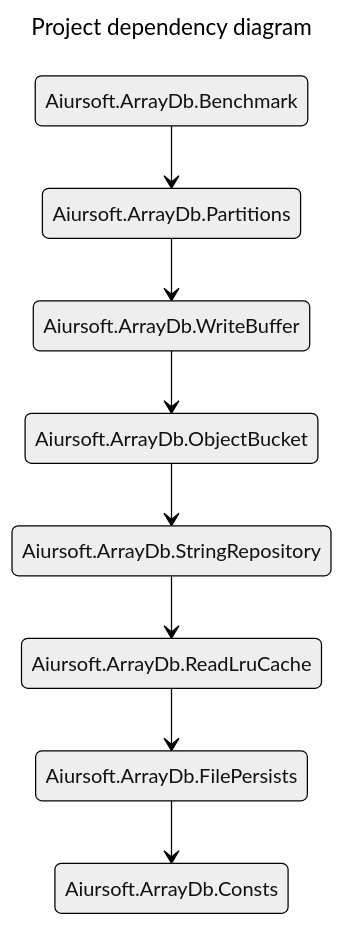
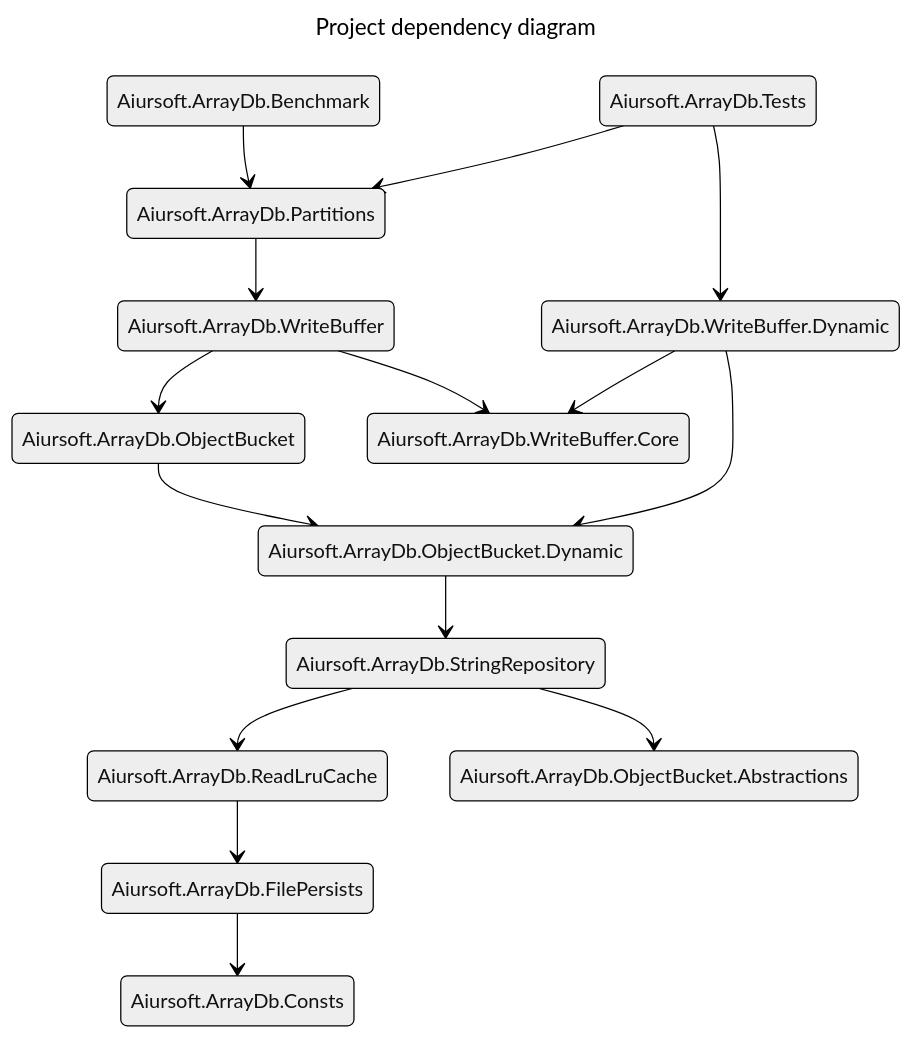
The diagram in README.md (AiursoftWeb/ArrayDb), drawn with Mermaid (neutral theme) before and after one commit. The commit also changed other lines of this file, not shown here.

First line of the commit message:
Update README.md with diagram and table improvements

````diff
--- a/README.md
+++ b/README.md
@@ -54,14 +54,21 @@
 ```mermaid
 ---
 title: Project dependency diagram
 ---
 
 stateDiagram-v2
     Aiursoft.ArrayDb.FilePersists --> Aiursoft.ArrayDb.Consts
     Aiursoft.ArrayDb.ReadLruCache --> Aiursoft.ArrayDb.FilePersists
+    Aiursoft.ArrayDb.StringRepository --> Aiursoft.ArrayDb.ObjectBucket.Abstractions
     Aiursoft.ArrayDb.StringRepository --> Aiursoft.ArrayDb.ReadLruCache
-    Aiursoft.ArrayDb.ObjectBucket --> Aiursoft.ArrayDb.StringRepository
+    Aiursoft.ArrayDb.ObjectBucket.Dynamic --> Aiursoft.ArrayDb.StringRepository
+    Aiursoft.ArrayDb.ObjectBucket --> Aiursoft.ArrayDb.ObjectBucket.Dynamic
     Aiursoft.ArrayDb.WriteBuffer --> Aiursoft.ArrayDb.ObjectBucket
+    Aiursoft.ArrayDb.WriteBuffer --> Aiursoft.ArrayDb.WriteBuffer.Core
     Aiursoft.ArrayDb.Partitions --> Aiursoft.ArrayDb.WriteBuffer
     Aiursoft.ArrayDb.Benchmark --> Aiursoft.ArrayDb.Partitions
+    Aiursoft.ArrayDb.WriteBuffer.Dynamic --> Aiursoft.ArrayDb.ObjectBucket.Dynamic
+    Aiursoft.ArrayDb.WriteBuffer.Dynamic --> Aiursoft.ArrayDb.WriteBuffer.Core
+    Aiursoft.ArrayDb.Tests --> Aiursoft.ArrayDb.Partitions
+    Aiursoft.ArrayDb.Tests --> Aiursoft.ArrayDb.WriteBuffer.Dynamic
 ```
````
